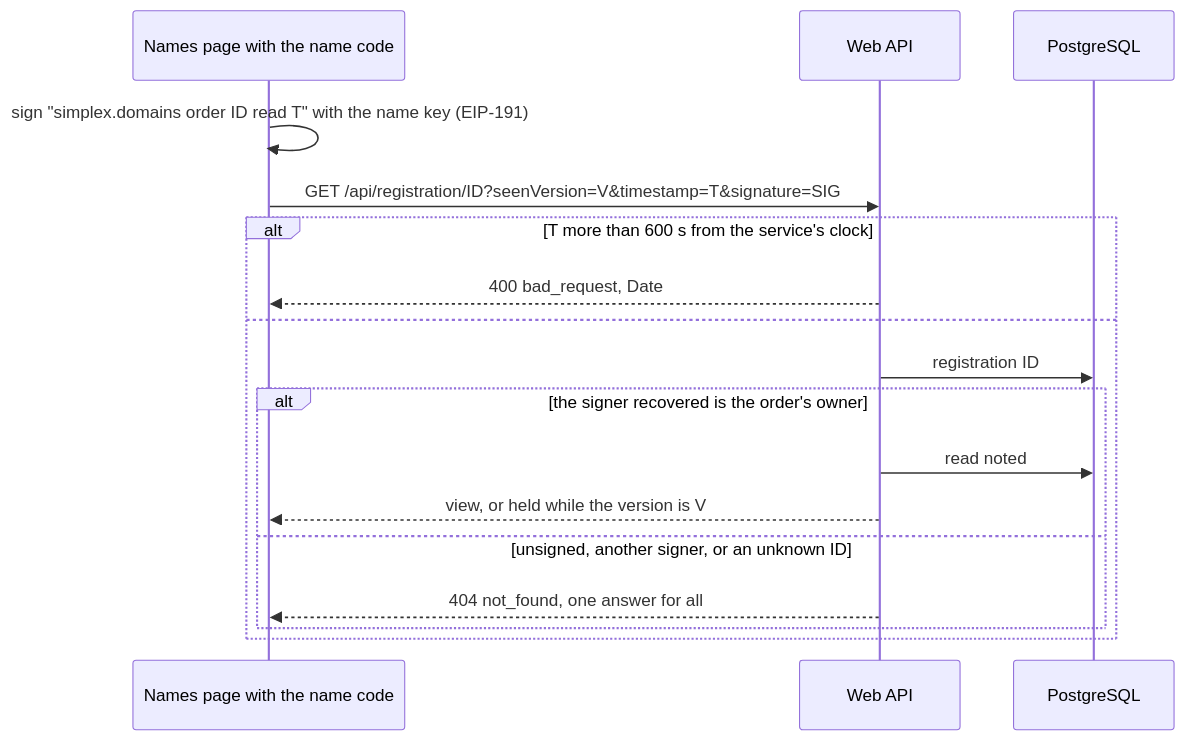
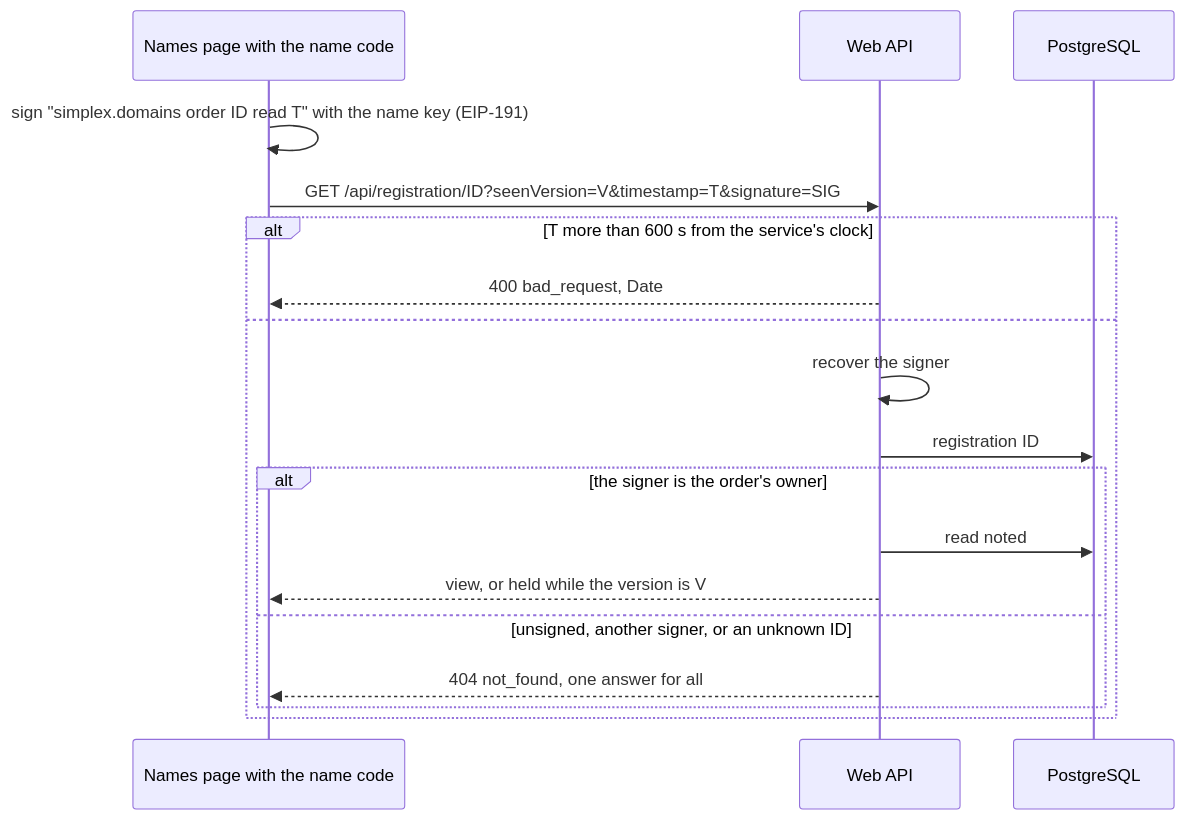
Diagram 15 of 16 in apps/simplex-store-service/docs/names.md (simplex-chat/simplex-chat), drawn with Mermaid before and after one commit. The commit also changed other lines of this file and 1 other file, not shown here.

````diff
--- a/apps/simplex-store-service/docs/names.md
+++ b/apps/simplex-store-service/docs/names.md
@@ -688,19 +688,20 @@
 ```mermaid
 sequenceDiagram
   participant P as Names page with the name code
   participant W as Web API
   participant D as PostgreSQL
   P->>P: sign "simplex.domains order ID read T" with the name key (EIP-191)
   P->>W: GET /api/registration/ID?seenVersion=V&timestamp=T&signature=SIG
   alt T more than 600 s from the service's clock
     W-->>P: 400 bad_request, Date
   else
+    W->>W: recover the signer
     W->>D: registration ID
-    alt the signer recovered is the order's owner
+    alt the signer is the order's owner
       W->>D: read noted
       W-->>P: view, or held while the version is V
     else unsigned, another signer, or an unknown ID
       W-->>P: 404 not_found, one answer for all
     end
   end
 ```
````
